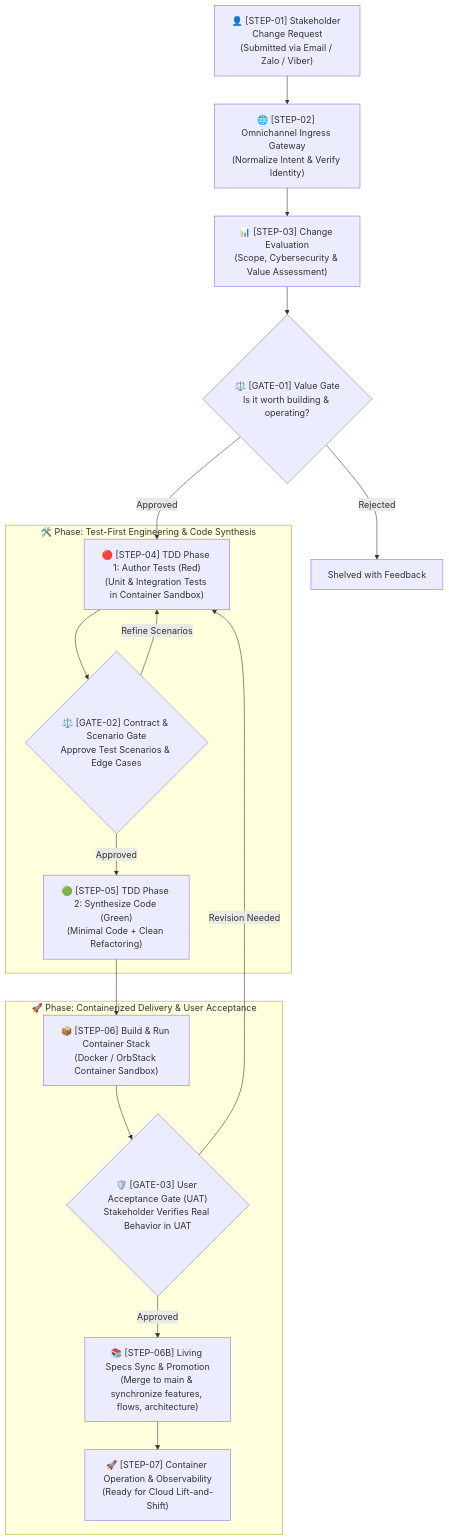
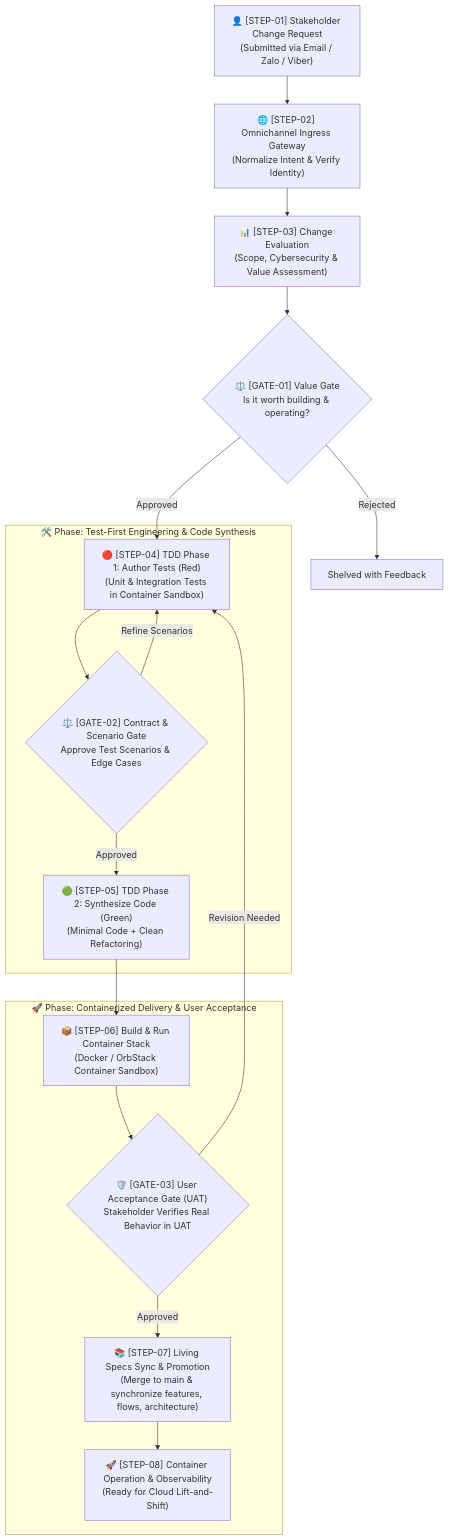
Before and after one commit to sonnormal/stratum-meta: the diagram in standards/sdlc.md, drawn with Mermaid. The commit also changed other lines of this file and 3 other files, not shown here.

Commit message:
chore(standards): renumber SDLC to 8 steps reflecting STEP-07 living sync and STEP-08 continuous operation

````diff
--- a/standards/sdlc.md
+++ b/standards/sdlc.md
@@ -11,36 +11,36 @@
 ```mermaid
 graph TD
     User["👤 [STEP-01] Stakeholder Change Request<br/>(Submitted via Email / Zalo / Viber)"]
     Gateway["🌐 [STEP-02] Omnichannel Ingress Gateway<br/>(Normalize Intent & Verify Identity)"]
     Eval["📊 [STEP-03] Change Evaluation<br/>(Scope, Cybersecurity & Value Assessment)"]
     Gate1{"⚖️ [GATE-01] Value Gate<br/>Is it worth building & operating?"}
 
     User --> Gateway
     Gateway --> Eval
     Eval --> Gate1
     Gate1 -->|"Approved"| TDDPhase1
     Gate1 -->|"Rejected"| Cancel["Shelved with Feedback"]
 
     subgraph TDD ["🛠️ Phase: Test-First Engineering & Code Synthesis"]
         TDDPhase1["🔴 [STEP-04] TDD Phase 1: Author Tests (Red)<br/>(Unit & Integration Tests in Container Sandbox)"]
         Gate2{"⚖️ [GATE-02] Contract & Scenario Gate<br/>Approve Test Scenarios & Edge Cases"}
         TDDPhase2["🟢 [STEP-05] TDD Phase 2: Synthesize Code (Green)<br/>(Minimal Code + Clean Refactoring)"]
 
         TDDPhase1 --> Gate2
         Gate2 -->|"Approved"| TDDPhase2
         Gate2 -->|"Refine Scenarios"| TDDPhase1
     end
 
     subgraph Delivery ["🚀 Phase: Containerized Delivery & User Acceptance"]
         DeployUAT["📦 [STEP-06] Build & Run Container Stack<br/>(Docker / OrbStack Container Sandbox)"]
         Gate3{"🛡️ [GATE-03] User Acceptance Gate (UAT)<br/>Stakeholder Verifies Real Behavior in UAT"}
-        SyncDoc["📚 [STEP-06B] Living Specs Sync & Promotion<br/>(Merge to main & synchronize features, flows, architecture)"]
-        Operate["🚀 [STEP-07] Container Operation & Observability<br/>(Ready for Cloud Lift-and-Shift)"]
+        SyncDoc["📚 [STEP-07] Living Specs Sync & Promotion<br/>(Merge to main & synchronize features, flows, architecture)"]
+        Operate["🚀 [STEP-08] Container Operation & Observability<br/>(Ready for Cloud Lift-and-Shift)"]
 
         TDDPhase2 --> DeployUAT
         DeployUAT --> Gate3
         Gate3 -->|"Approved"| SyncDoc
         SyncDoc --> Operate
         Gate3 -->|"Revision Needed"| TDDPhase1
     end
 ```
````
